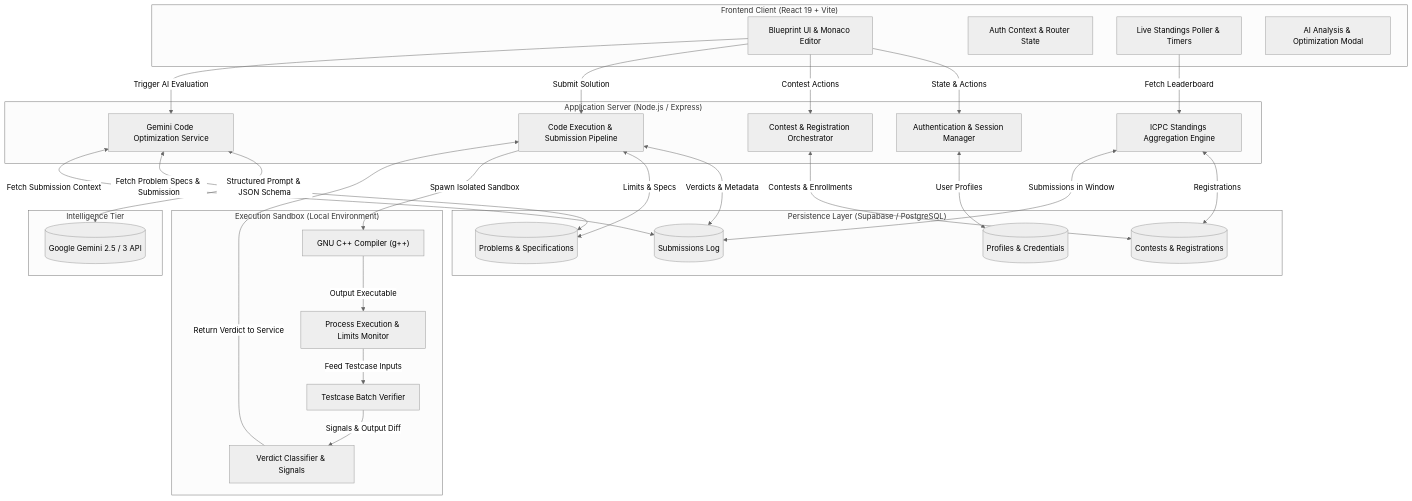
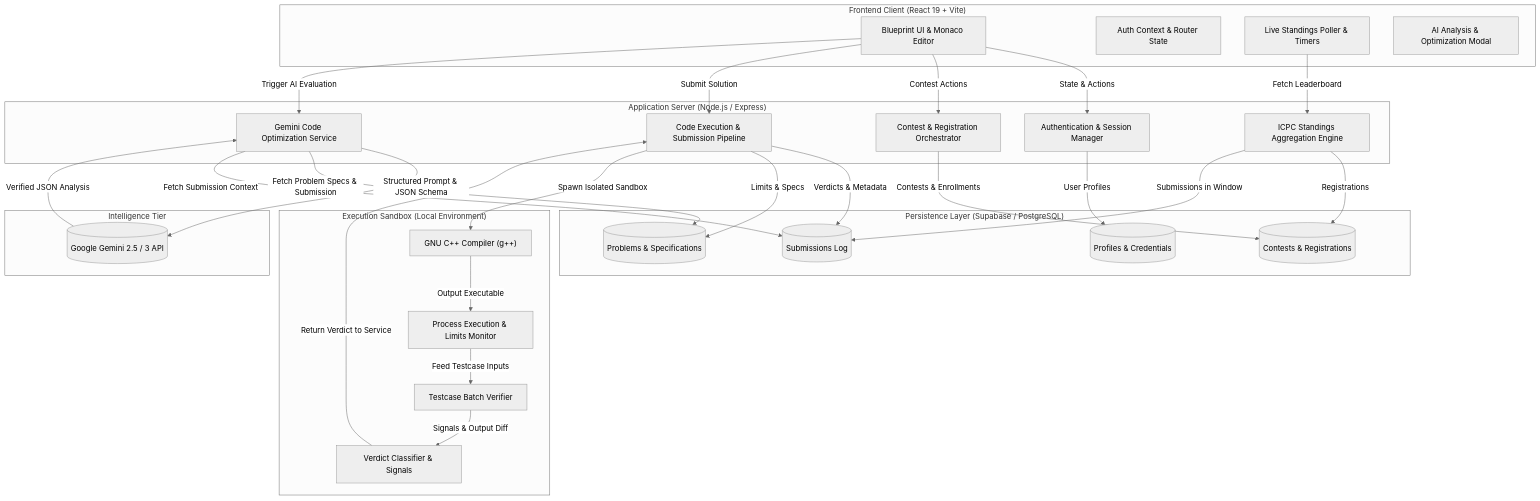
One commit to Master-Bruce-Wayne/Code-It-Up changed the first of 6 diagrams in README.md. Above: the diagram before and after it, drawn with Mermaid (neutral theme). The commit also changed 2 other files, not shown here.

Commit message:
fix(docs): resolve Mermaid diagram preview rendering errors across all documentation

````diff
--- a/README.md
+++ b/README.md
@@ -73,58 +73,59 @@
 ```mermaid
-graph TD
+flowchart TD
     subgraph ClientLayer["Frontend Client (React 19 + Vite)"]
         UI["Blueprint UI & Monaco Editor"]
         State["Auth Context & Router State"]
         Poller["Live Standings Poller & Timers"]
         AiModal["AI Analysis & Optimization Modal"]
     end
 
     subgraph ServiceLayer["Application Server (Node.js / Express)"]
         AuthSvc["Authentication & Session Manager"]
         ContestSvc["Contest & Registration Orchestrator"]
         JudgeSvc["Code Execution & Submission Pipeline"]
         StandingsEngine["ICPC Standings Aggregation Engine"]
         AiEngine["Gemini Code Optimization Service"]
     end
 
     subgraph ExternalAI["Intelligence Tier"]
         GeminiAPI[("Google Gemini 2.5 / 3 API")]
     end
 
     subgraph SandboxLayer["Execution Sandbox (Local Environment)"]
         Compiler["GNU C++ Compiler (g++)"]
         ProcessRunner["Process Execution & Limits Monitor"]
         TestVerifier["Testcase Batch Verifier"]
         VerdictClassifier["Verdict Classifier & Signals"]
     end
 
     subgraph DataLayer["Persistence Layer (Supabase / PostgreSQL)"]
         UsersDB[("Profiles & Credentials")]
         ProblemsDB[("Problems & Specifications")]
         ContestsDB[("Contests & Registrations")]
         SubmissionsDB[("Submissions Log")]
     end
 
     UI -->|"State & Actions"| AuthSvc
     UI -->|"Contest Actions"| ContestSvc
     UI -->|"Submit Solution"| JudgeSvc
     UI -->|"Trigger AI Evaluation"| AiEngine
     Poller -->|"Fetch Leaderboard"| StandingsEngine
 
-    AiEngine <-->|"Structured Prompt & JSON Schema"| GeminiAPI
+    AiEngine -->|"Structured Prompt & JSON Schema"| GeminiAPI
+    GeminiAPI -->|"Verified JSON Analysis"| AiEngine
 
-    AuthSvc <-->|"User Profiles"| UsersDB
-    ContestSvc <-->|"Contests & Enrollments"| ContestsDB
-    JudgeSvc <-->|"Verdicts & Metadata"| SubmissionsDB
-    JudgeSvc <-->|"Limits & Specs"| ProblemsDB
-    AiEngine <-->|"Fetch Problem Specs & Submission"| ProblemsDB
-    AiEngine <-->|"Fetch Submission Context"| SubmissionsDB
-    StandingsEngine <-->|"Registrations"| ContestsDB
-    StandingsEngine <-->|"Submissions in Window"| SubmissionsDB
+    AuthSvc -->|"User Profiles"| UsersDB
+    ContestSvc -->|"Contests & Enrollments"| ContestsDB
+    JudgeSvc -->|"Verdicts & Metadata"| SubmissionsDB
+    JudgeSvc -->|"Limits & Specs"| ProblemsDB
+    AiEngine -->|"Fetch Problem Specs & Submission"| ProblemsDB
+    AiEngine -->|"Fetch Submission Context"| SubmissionsDB
+    StandingsEngine -->|"Registrations"| ContestsDB
+    StandingsEngine -->|"Submissions in Window"| SubmissionsDB
 
     JudgeSvc -->|"Spawn Isolated Sandbox"| Compiler
     Compiler -->|"Output Executable"| ProcessRunner
     ProcessRunner -->|"Feed Testcase Inputs"| TestVerifier
     TestVerifier -->|"Signals & Output Diff"| VerdictClassifier
     VerdictClassifier -->|"Return Verdict to Service"| JudgeSvc
 ```
````
